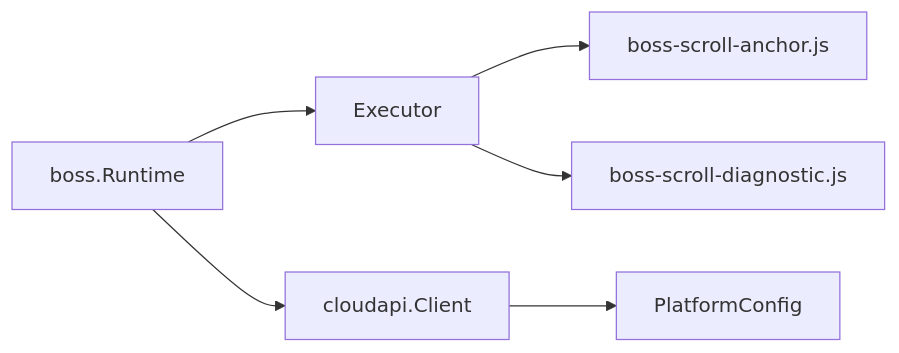
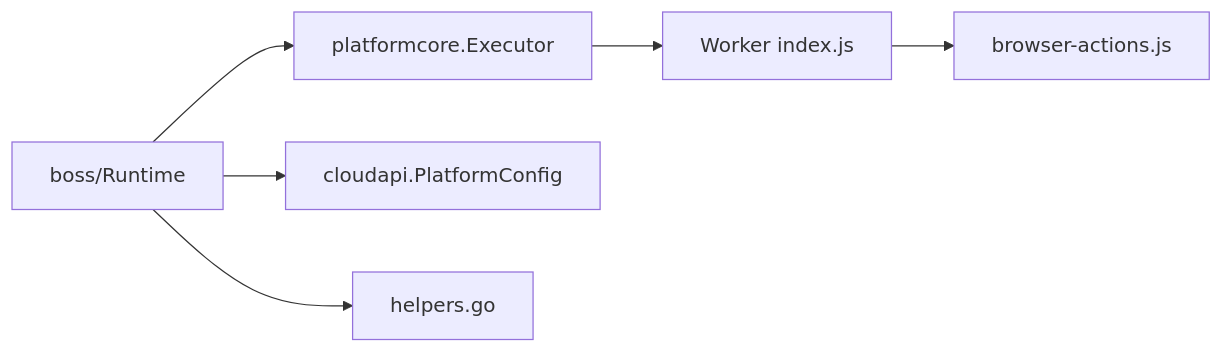
The ninth of 9 diagrams in .qoder/repowiki/zh/content/本地执行器/平台适配器/Boss直聘适配器/Boss运行时环境.md (alvinwangzi/goodhr), drawn with Mermaid before and after one commit. The commit also changed other lines of this file and 149 other files, not shown here.

````diff
--- a/.qoder/repowiki/zh/content/本地执行器/平台适配器/Boss直聘适配器/Boss运行时环境.md
+++ b/.qoder/repowiki/zh/content/本地执行器/平台适配器/Boss直聘适配器/Boss运行时环境.md
@@ -253,8 +313,8 @@
 ```mermaid
 graph LR
-Boss["boss.Runtime"] --> Exec["Executor"]
-Boss --> Cloud["cloudapi.Client"]
-Exec --> Anchor["boss-scroll-anchor.js"]
-Exec --> Diag["boss-scroll-diagnostic.js"]
-Cloud --> Config["PlatformConfig"]
+Runtime["boss/Runtime"] --> Executor["platformcore.Executor"]
+Runtime --> Config["cloudapi.PlatformConfig"]
+Runtime --> Helpers["helpers.go"]
+Executor --> Worker["Worker index.js"]
+Worker --> BrowserActions["browser-actions.js"]
 ```
````
